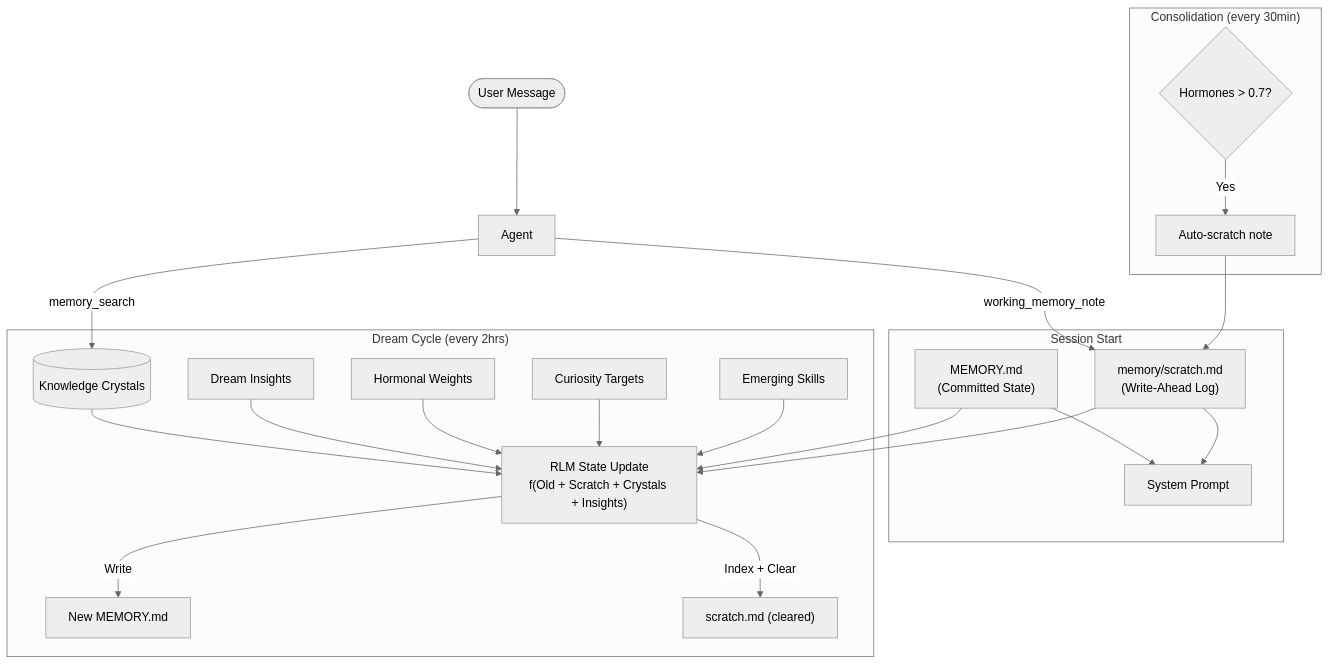
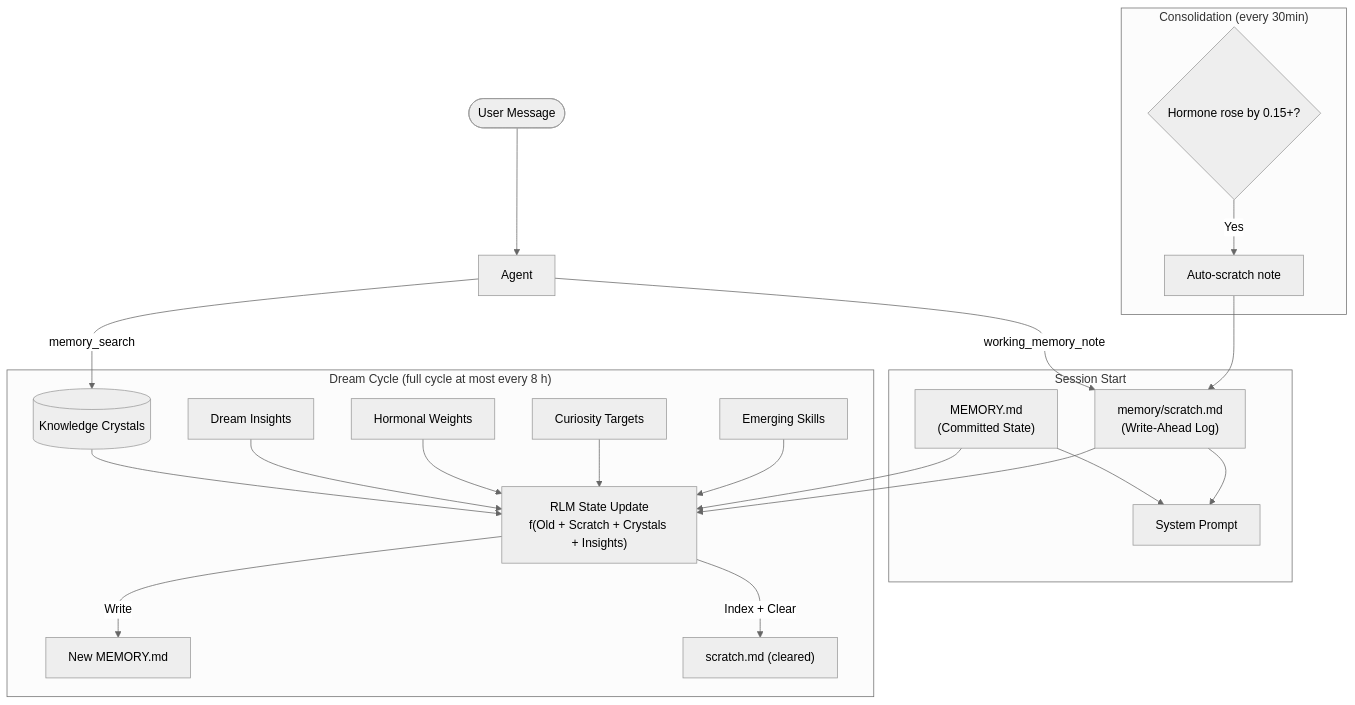
Before and after one commit to Bitterbot-AI/bitterbot-desktop: the diagram in docs/memory/working-memory.md, drawn with Mermaid (neutral theme). The commit also changed other lines of this file and 77 other files, not shown here.

````diff
--- a/docs/memory/working-memory.md
+++ b/docs/memory/working-memory.md
@@ -330,28 +330,28 @@
 ```mermaid
 flowchart TD
     User([User Message]) --> Agent
     Agent -->|"working_memory_note"| Scratch["memory/scratch.md<br/>(Write-Ahead Log)"]
     Agent -->|"memory_search"| Crystals[(Knowledge Crystals)]
 
     subgraph Bootstrap ["Session Start"]
         MEMORY["MEMORY.md<br/>(Committed State)"] --> Prompt[System Prompt]
         Scratch --> Prompt
     end
 
-    subgraph Dream ["Dream Cycle (every 2hrs)"]
+    subgraph Dream ["Dream Cycle (full cycle at most every 8 h)"]
         MEMORY --> RLM["RLM State Update<br/>f(Old + Scratch + Crystals + Insights)"]
         Scratch --> RLM
         Crystals --> RLM
         Insights["Dream Insights"] --> RLM
         Hormones["Hormonal Weights"] --> RLM
         Curiosity["Curiosity Targets"] --> RLM
         Skills["Emerging Skills"] --> RLM
         RLM -->|"Write"| MEMORY_NEW["New MEMORY.md"]
         RLM -->|"Index + Clear"| Scratch_Clear["scratch.md (cleared)"]
     end
 
     subgraph Consolidation ["Consolidation (every 30min)"]
-        HormCheck{"Hormones > 0.7?"} -->|Yes| AutoScratch["Auto-scratch note"]
+        HormCheck{"Hormone rose by 0.15+?"} -->|Yes| AutoScratch["Auto-scratch note"]
         AutoScratch --> Scratch
     end
 ```
````
